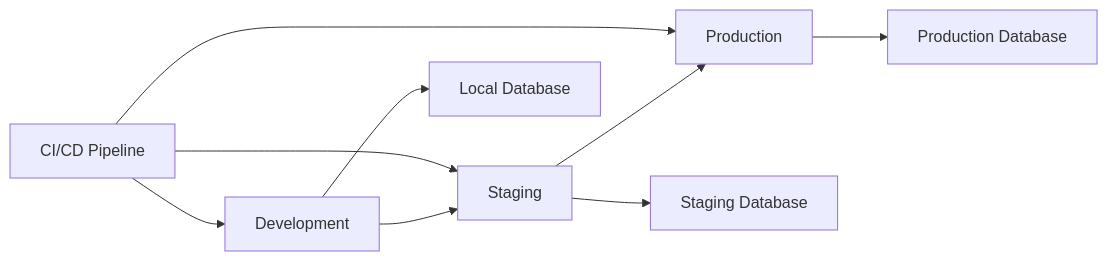
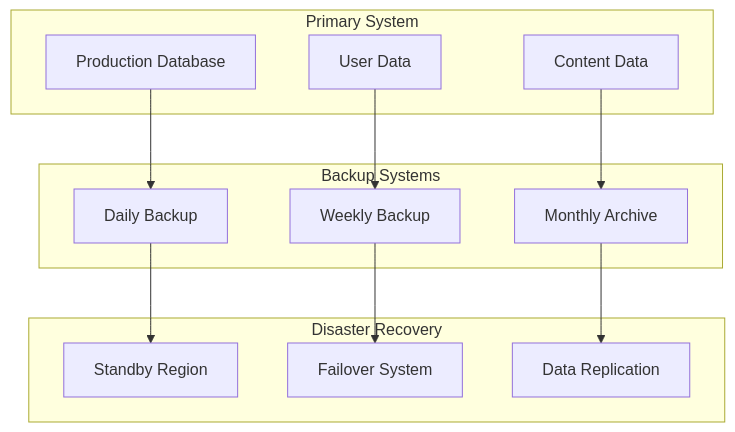
Diagram 13 of 15 in design/HLD.md (sora-kisaragi/TechLingualQuest), drawn with Mermaid before and after one commit. The commit also changed other lines of this file and 3 other files, not shown here.

````diff
--- a/design/HLD.md
+++ b/design/HLD.md
@@ -402,13 +722,28 @@
 ```mermaid
-graph LR
-    A[Development] --> B[Staging]
-    B --> C[Production]
+graph TB
+    subgraph "Primary System"
+        A[Production Database]
+        B[User Data]
+        C[Content Data]
+    end
     
-    A --> D[Local Database]
-    B --> E[Staging Database]
-    C --> F[Production Database]
+    subgraph "Backup Systems"
+        D[Daily Backup]
+        E[Weekly Backup]
+        F[Monthly Archive]
+    end
     
-    G[CI/CD Pipeline] --> A
-    G --> B
-    G --> C
+    subgraph "Disaster Recovery"
+        G[Standby Region]
+        H[Failover System]
+        I[Data Replication]
+    end
+    
+    A --> D
+    B --> E
+    C --> F
+    
+    D --> G
+    E --> H
+    F --> I
 ```
````
